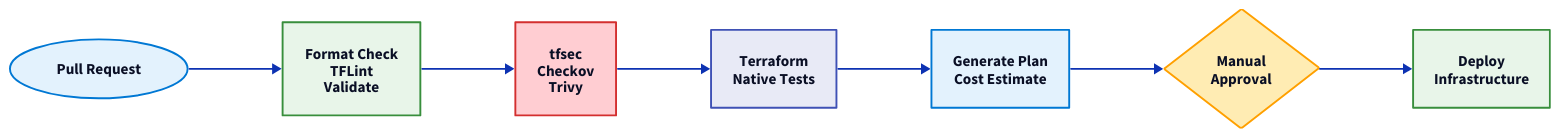
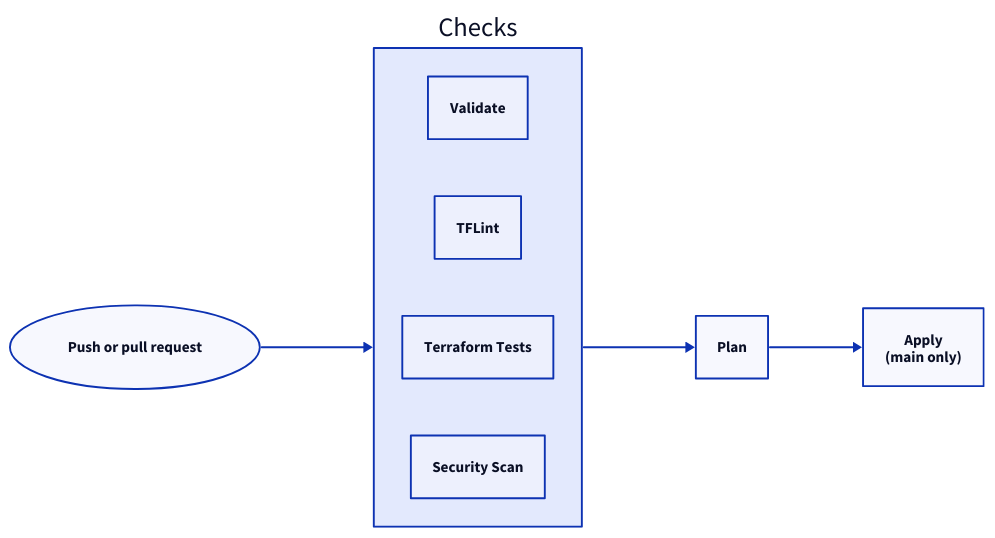
One commit to ayoinc/cloud-sandbox-backstage changed the second of 2 diagrams in templates/azure-aks/skeleton/docs/index.md. Above: the diagram before and after it, drawn with D2. The commit also changed other lines of this file and 183 other files, not shown here.

````diff
--- a/templates/azure-aks/skeleton/docs/index.md
+++ b/templates/azure-aks/skeleton/docs/index.md
@@ -157,48 +178,21 @@
 ```d2
 direction: right
 
-pr: Pull Request {
+push: Push or pull request {
   shape: oval
-  style.fill: "#E3F2FD"
-  style.stroke: "#0078D4"
 }
 
-validate: Validate {
-  style.fill: "#E8F5E9"
-  style.stroke: "#388E3C"
-  label: "Format Check\nTFLint\nValidate"
+checks: Checks {
+  validate: Validate
+  lint: TFLint
+  test: Terraform Tests
+  security: Security Scan
 }
 
-security: Security {
-  style.fill: "#FFCDD2"
-  style.stroke: "#D32F2F"
-  label: "tfsec\nCheckov\nTrivy"
+plan: Plan
+apply: Apply {
+  label: "Apply\n(main only)"
 }
 
-test: Test {
-  style.fill: "#E8EAF6"
-  style.stroke: "#3F51B5"
-  label: "Terraform\nNative Tests"
-}
-
-plan: Plan {
-  style.fill: "#E3F2FD"
-  style.stroke: "#0078D4"
-  label: "Generate Plan\nCost Estimate"
-}
-
-review: Review {
-  shape: diamond
-  style.fill: "#FFECB3"
-  style.stroke: "#FFA000"
-  label: "Manual\nApproval"
-}
-
-apply: Apply {
-  style.fill: "#E8F5E9"
-  style.stroke: "#388E3C"
-  label: "Deploy\nInfrastructure"
-}
-
-pr -> validate -> security -> test -> plan -> review -> apply
+push -> checks -> plan -> apply
 ```
````
